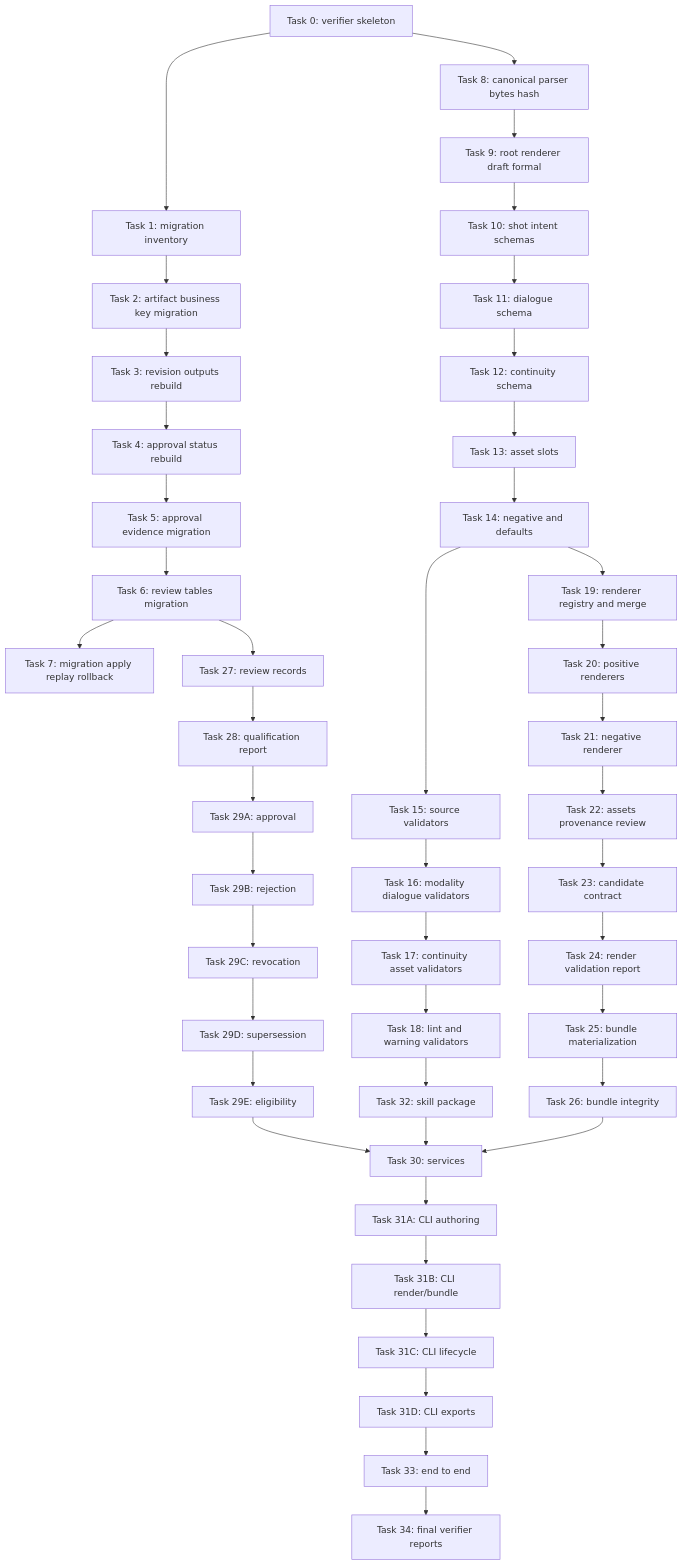
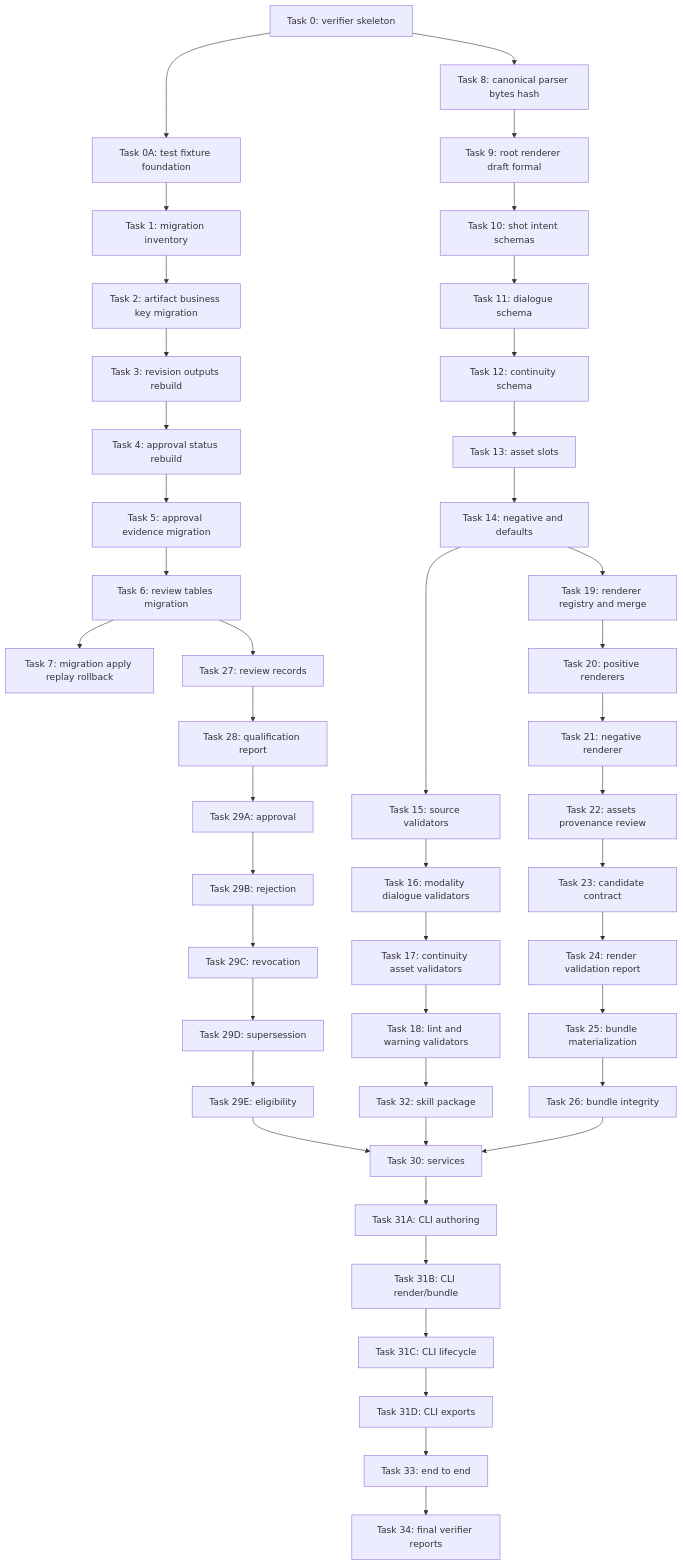
The diagram in docs/superpowers/plans/2026-07-02-phase3-shot-prompt-canonical-implementation.md (Java-zengzhiwen/ai-drama), drawn with Mermaid before and after one commit. The commit also changed other lines of this file, not shown here.

````diff
--- a/docs/superpowers/plans/2026-07-02-phase3-shot-prompt-canonical-implementation.md
+++ b/docs/superpowers/plans/2026-07-02-phase3-shot-prompt-canonical-implementation.md
@@ -332,58 +350,59 @@
 ```mermaid
 flowchart TD
   T0["Task 0: verifier skeleton"]
+  T0A["Task 0A: test fixture foundation"]
   T1["Task 1: migration inventory"]
   T2["Task 2: artifact business key migration"]
   T3["Task 3: revision outputs rebuild"]
   T4["Task 4: approval status rebuild"]
   T5["Task 5: approval evidence migration"]
   T6["Task 6: review tables migration"]
   T7["Task 7: migration apply replay rollback"]
   T8["Task 8: canonical parser bytes hash"]
   T9["Task 9: root renderer draft formal"]
   T10["Task 10: shot intent schemas"]
   T11["Task 11: dialogue schema"]
   T12["Task 12: continuity schema"]
   T13["Task 13: asset slots"]
   T14["Task 14: negative and defaults"]
   T15["Task 15: source validators"]
   T16["Task 16: modality dialogue validators"]
   T17["Task 17: continuity asset validators"]
   T18["Task 18: lint and warning validators"]
   T19["Task 19: renderer registry and merge"]
   T20["Task 20: positive renderers"]
   T21["Task 21: negative renderer"]
   T22["Task 22: assets provenance review"]
   T23["Task 23: candidate contract"]
   T24["Task 24: render validation report"]
   T25["Task 25: bundle materialization"]
   T26["Task 26: bundle integrity"]
   T27["Task 27: review records"]
   T28["Task 28: qualification report"]
   T29A["Task 29A: approval"]
   T29B["Task 29B: rejection"]
   T29C["Task 29C: revocation"]
   T29D["Task 29D: supersession"]
   T29E["Task 29E: eligibility"]
   T32["Task 32: skill package"]
   T30["Task 30: services"]
   T31A["Task 31A: CLI authoring"]
   T31B["Task 31B: CLI render/bundle"]
   T31C["Task 31C: CLI lifecycle"]
   T31D["Task 31D: CLI exports"]
   T33["Task 33: end to end"]
   T34["Task 34: final verifier reports"]
 
-  T0 --> T1 --> T2 --> T3 --> T4 --> T5 --> T6 --> T7
+  T0 --> T0A --> T1 --> T2 --> T3 --> T4 --> T5 --> T6 --> T7
   T0 --> T8 --> T9 --> T10 --> T11 --> T12 --> T13 --> T14
   T14 --> T15 --> T16 --> T17 --> T18
   T14 --> T19 --> T20 --> T21 --> T22
   T22 --> T23 --> T24 --> T25 --> T26
   T6 --> T27 --> T28 --> T29A --> T29B --> T29C --> T29D --> T29E
   T26 --> T30
   T29E --> T30
   T18 --> T32
   T32 --> T30
   T30 --> T31A --> T31B --> T31C --> T31D
   T31D --> T33 --> T34
 ```
````
